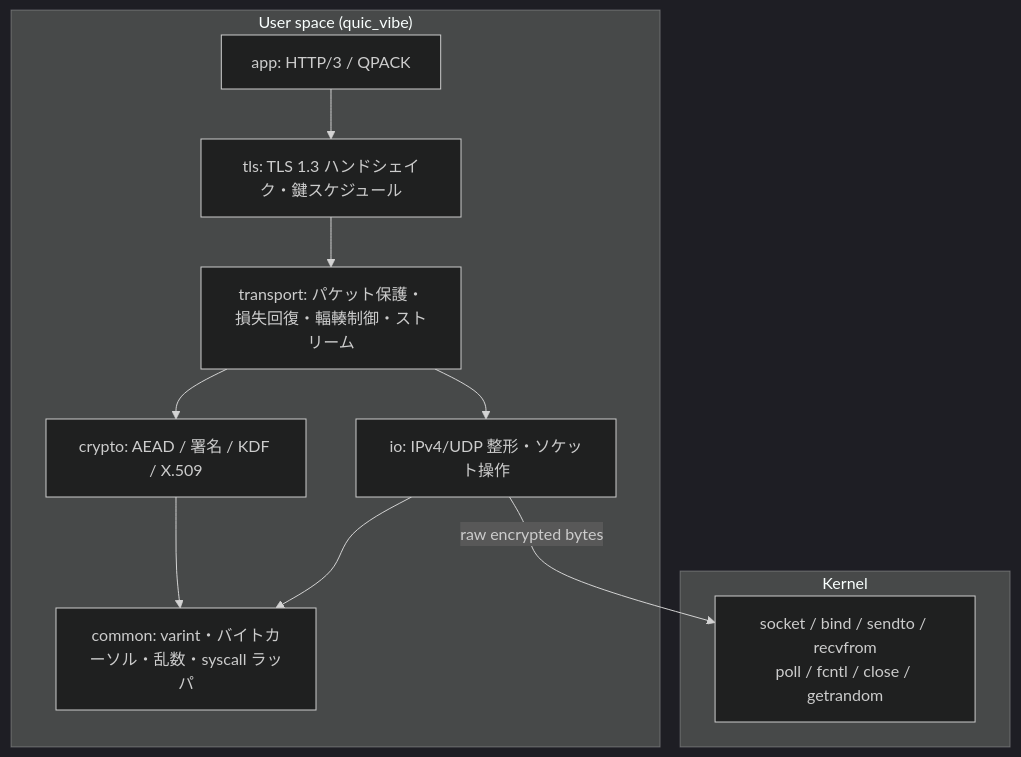
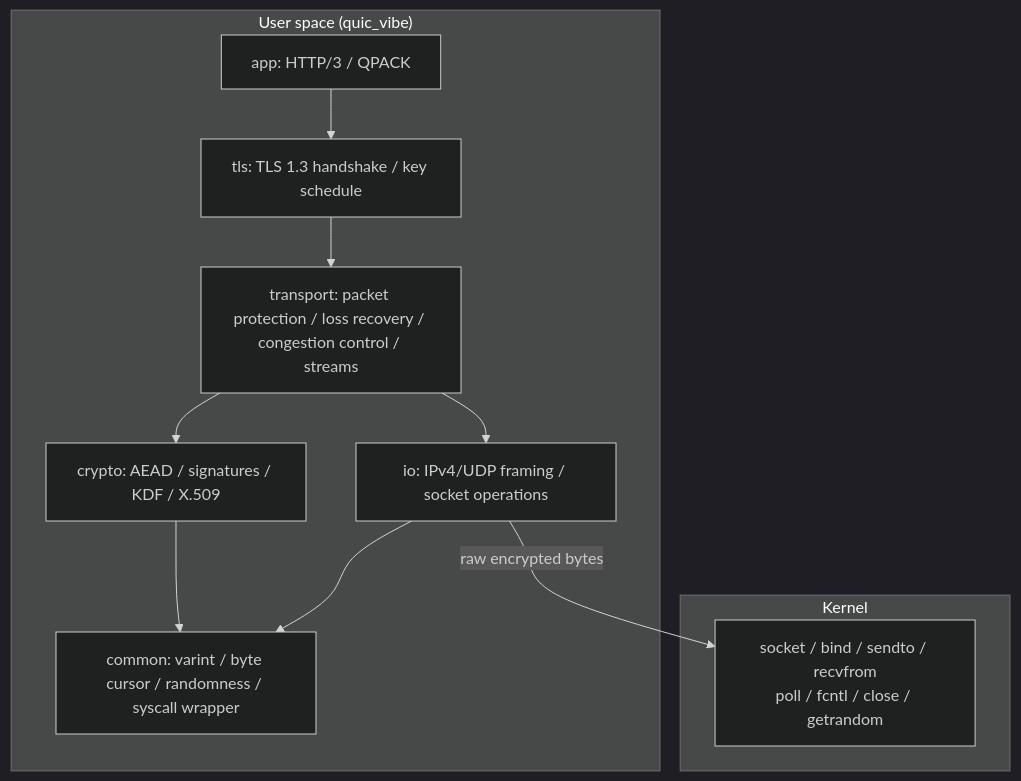
One commit to Hakkadaikon/quic_vibe changed the first of 5 diagrams in docs/arch/overview.md. Above: the diagram before and after it, drawn with Mermaid (dark theme). The commit also changed other lines of this file and 3 other files, not shown here.

Commit message:
docs: translate the README and architecture docs to English

````diff
--- a/docs/arch/overview.md
+++ b/docs/arch/overview.md
@@ -22,18 +22,18 @@
 ```mermaid
 flowchart TB
     subgraph US["User space (quic_vibe)"]
         APP["app: HTTP/3 / QPACK"]
-        TLS["tls: TLS 1.3 ハンドシェイク・鍵スケジュール"]
-        TRANSPORT["transport: パケット保護・損失回復・輻輳制御・ストリーム"]
-        CRYPTO["crypto: AEAD / 署名 / KDF / X.509"]
-        COMMON["common: varint・バイトカーソル・乱数・syscall ラッパ"]
-        IO["io: IPv4/UDP 整形・ソケット操作"]
+        TLS["tls: TLS 1.3 handshake / key schedule"]
+        TRANSPORT["transport: packet protection / loss recovery / congestion control / streams"]
+        CRYPTO["crypto: AEAD / signatures / KDF / X.509"]
+        COMMON["common: varint / byte cursor / randomness / syscall wrapper"]
+        IO["io: IPv4/UDP framing / socket operations"]
         APP --> TLS --> TRANSPORT --> CRYPTO --> COMMON
         TRANSPORT --> IO
         IO --> COMMON
     end
     subgraph K["Kernel"]
         SC["socket / bind / sendto / recvfrom<br/>poll / fcntl / close / getrandom"]
     end
     IO -- "raw encrypted bytes" --> SC
 ```
````
